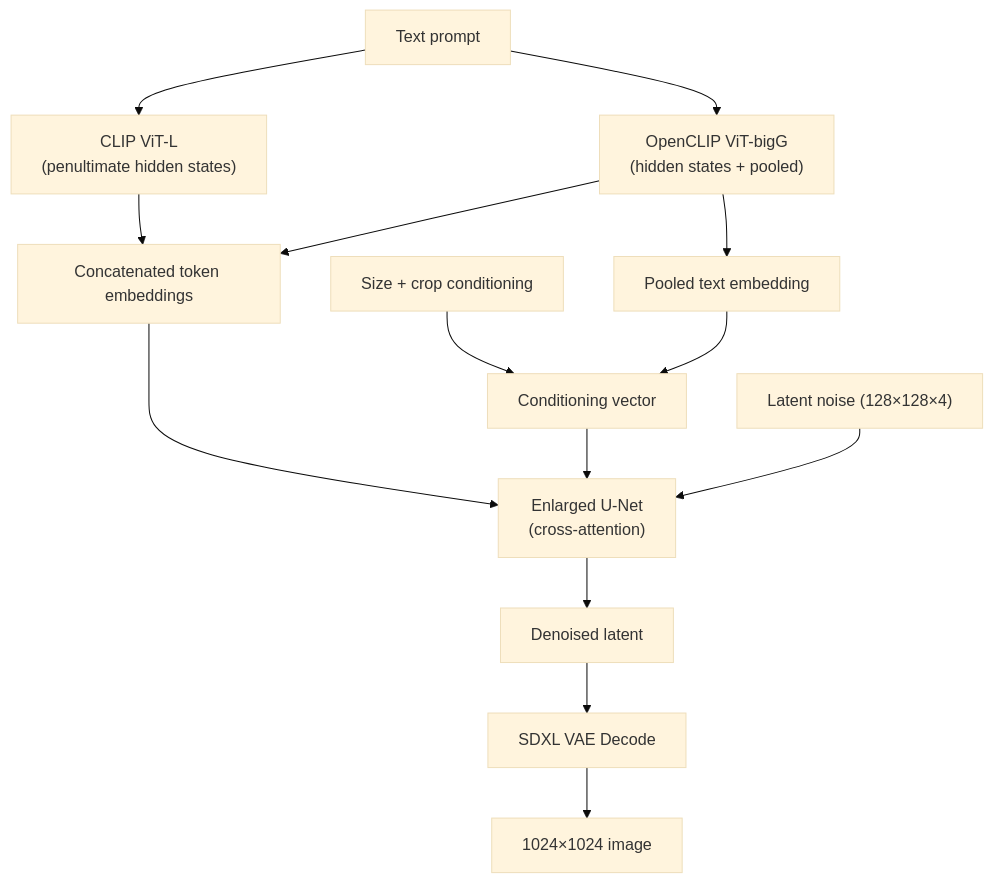
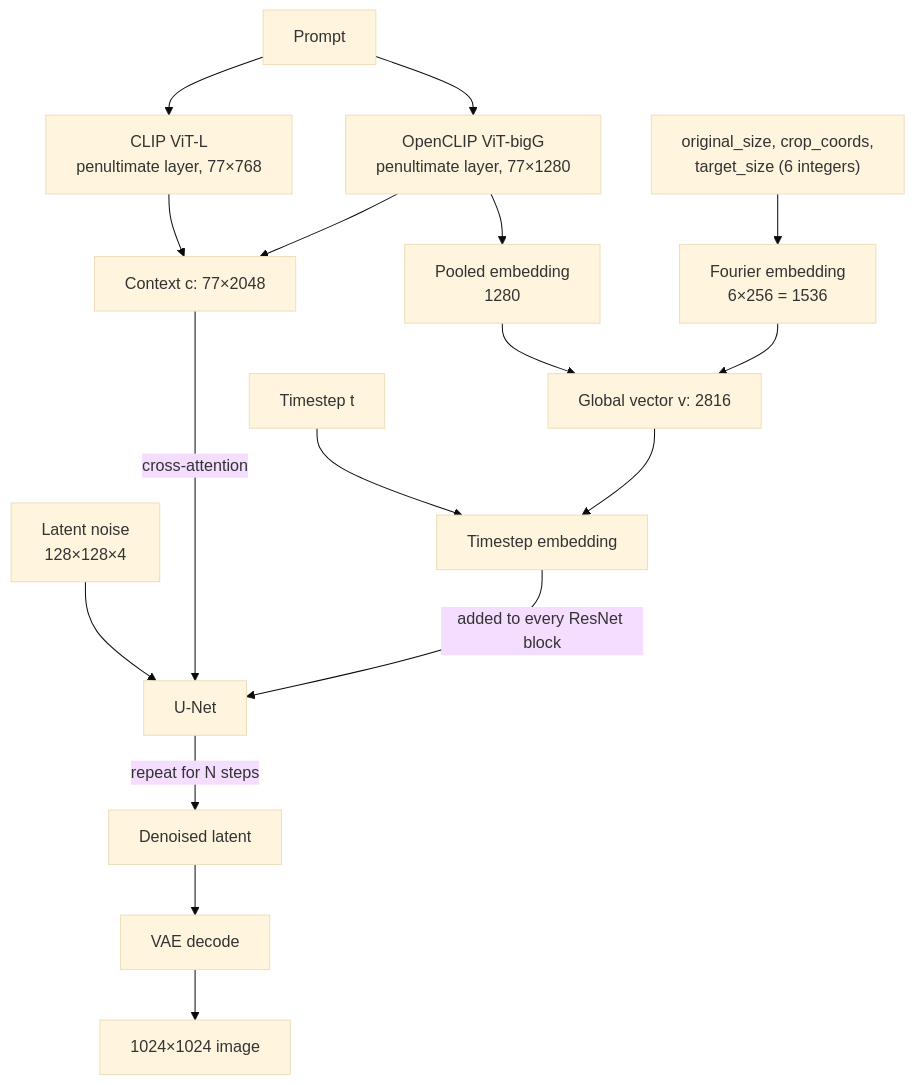
Before and after one commit to AndrewAltimit/Documentation: the first of 3 diagrams in github-pages/docs/ai-ml/sdxl-guide.md, drawn with Mermaid (base theme). The commit also changed other lines of this file and 240 other files, not shown here.

````diff
--- a/github-pages/docs/ai-ml/sdxl-guide.md
+++ b/github-pages/docs/ai-ml/sdxl-guide.md
@@ -48,16 +52,18 @@
 ```mermaid
 flowchart TD
-    Prompt["Text prompt"] --> E1["CLIP ViT-L<br/>(penultimate hidden states)"]
-    Prompt --> E2["OpenCLIP ViT-bigG<br/>(hidden states + pooled)"]
-    E1 --> Concat["Concatenated token embeddings"]
-    E2 --> Concat
-    E2 --> Pool["Pooled text embedding"]
-    Cond["Size + crop conditioning"] --> Vec["Conditioning vector"]
-    Pool --> Vec
-    Concat --> UNet["Enlarged U-Net<br/>(cross-attention)"]
-    Vec --> UNet
-    Noise["Latent noise (128×128×4)"] --> UNet
-    UNet --> Lat["Denoised latent"]
-    Lat --> VAE["SDXL VAE Decode"]
-    VAE --> Img["1024×1024 image"]
+    Prompt["Prompt"] --> E1["CLIP ViT-L<br/>penultimate layer, 77×768"]
+    Prompt --> E2["OpenCLIP ViT-bigG<br/>penultimate layer, 77×1280"]
+    E1 --> Ctx["Context c: 77×2048"]
+    E2 --> Ctx
+    E2 --> Pool["Pooled embedding<br/>1280"]
+    Geo["original_size, crop_coords,<br/>target_size (6 integers)"] --> Four["Fourier embedding<br/>6×256 = 1536"]
+    Pool --> Vec["Global vector v: 2816"]
+    Four --> Vec
+    T["Timestep t"] --> TE["Timestep embedding"]
+    Vec --> TE
+    Noise["Latent noise<br/>128×128×4"] --> UNet["U-Net"]
+    Ctx -->|cross-attention| UNet
+    TE -->|added to every ResNet block| UNet
+    UNet -->|repeat for N steps| Lat["Denoised latent"]
+    Lat --> VAE["VAE decode"] --> Img["1024×1024 image"]
 ```
````
